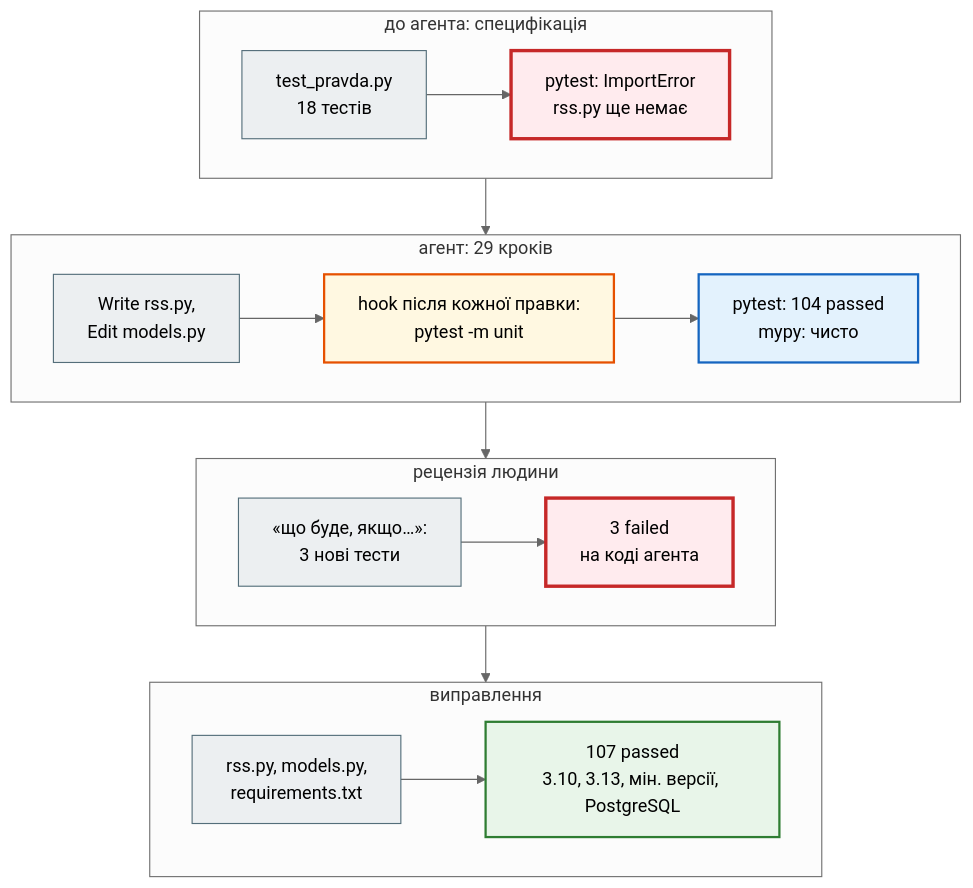
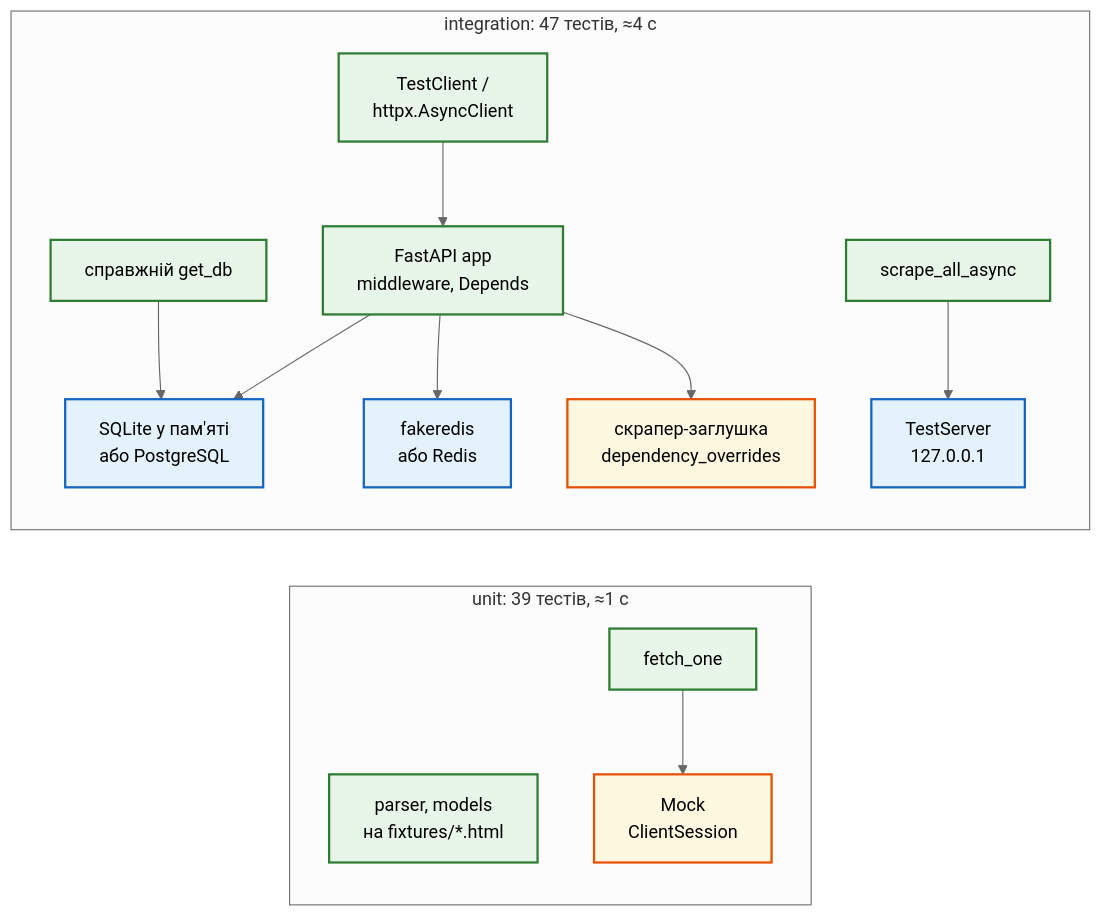
The second of 3 diagrams in docs/modules/m4/lesson_42.md (AlinaRadchenko/PY-Course-Victor-Nikoriak-22-09-2026), drawn with Mermaid (neutral theme) before and after one commit. The commit also changed other lines of this file and 1846 other files, not shown here.

````diff
--- a/docs/modules/m4/lesson_42.md
+++ b/docs/modules/m4/lesson_42.md
@@ -289,33 +619,25 @@
 ```mermaid
-flowchart TD
+graph LR
     classDef step     fill:#eceff1,stroke:#546e7a,stroke-width:1px;
     classDef decision fill:#e3f2fd,stroke:#1565c0,stroke-width:2px;
     classDef success  fill:#e8f5e9,stroke:#2e7d32,stroke-width:2px;
     classDef error    fill:#ffebee,stroke:#c62828,stroke-width:3px;
     classDef warning  fill:#fff8e1,stroke:#e65100,stroke-width:2px;
 
-    subgraph S1["до агента: специфікація"]
-        direction LR
-        A1["test_pravda.py<br>18 тестів"] --> A2["pytest: ImportError<br>rss.py ще немає"]
+    subgraph U["unit: 39 тестів, ≈1 с"]
+        UP["parser, models<br>на fixtures/*.html"]
+        US["fetch_one"] --> UM["Mock<br>ClientSession"]
     end
-    subgraph S2["агент: 29 кроків"]
-        direction LR
-        B1["Write rss.py,<br>Edit models.py"] --> B2["hook після кожної правки:<br>pytest -m unit"]
-        B2 --> B3["pytest: 104 passed<br>mypy: чисто"]
+    subgraph I["integration: 47 тестів, ≈4 с"]
+        TC["TestClient /<br>httpx.AsyncClient"] --> APP["FastAPI app<br>middleware, Depends"]
+        APP --> DB["SQLite у пам'яті<br>або PostgreSQL"]
+        APP --> RD["fakeredis<br>або Redis"]
+        APP --> FS["скрапер-заглушка<br>dependency_overrides"]
+        SC["scrape_all_async"] --> TS["TestServer<br>127.0.0.1"]
+        GD["справжній get_db"] --> DB
     end
-    subgraph S3["рецензія людини"]
-        direction LR
-        R1["«що буде, якщо…»:<br>3 нові тести"] --> R2["3 failed<br>на коді агента"]
-    end
-    subgraph S4["виправлення"]
-        direction LR
-        F1["rss.py, models.py,<br>requirements.txt"] --> F2["107 passed<br>3.10, 3.13, мін. версії, PostgreSQL"]
-    end
-    S1 --> S2 --> S3 --> S4
 
-    class A1,B1,R1,F1 step
-    class A2,R2 error
-    class B2 warning
-    class B3 decision
-    class F2 success
+    class UP,US,TC,APP,SC,GD success
+    class UM,FS warning
+    class DB,RD,TS decision
 ```
````
